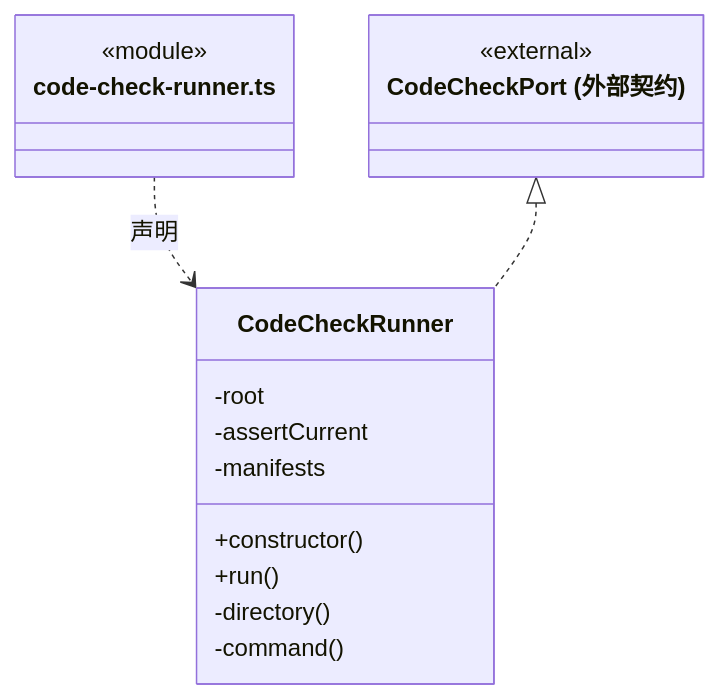
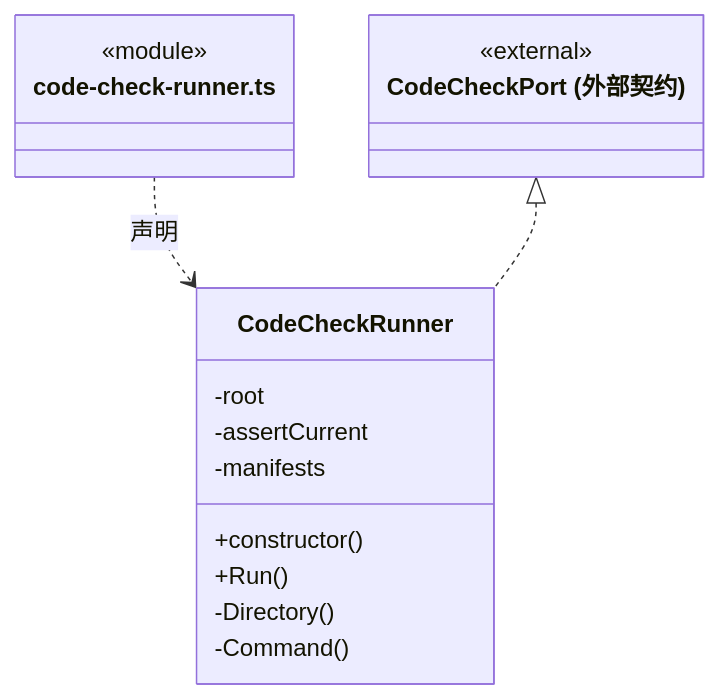
One commit to nan023062/cbim changed the third of 14 diagrams in src/logic/file-operations/platform/files/ARCHITECTURE.md. Above: the diagram before and after it, drawn with Mermaid. The commit also changed other lines of this file and 1035 other files, not shown here.

````diff
--- a/src/logic/file-operations/platform/files/ARCHITECTURE.md
+++ b/src/logic/file-operations/platform/files/ARCHITECTURE.md
@@ -64,20 +64,20 @@
 ```mermaid
 classDiagram
 class N_src_logic_file_operations_platform_files_code_check_runner_ts["code-check-runner.ts"] {
   <<module>>
 }
 class N_src_logic_file_operations_platform_files_code_check_runner_ts_CodeCheckRunner["CodeCheckRunner"] {
   +constructor()
-  +run()
+  +Run()
   -root
   -assertCurrent
   -manifests
-  -directory()
-  -command()
+  -Directory()
+  -Command()
 }
 N_src_logic_file_operations_platform_files_code_check_runner_ts ..> N_src_logic_file_operations_platform_files_code_check_runner_ts_CodeCheckRunner : 声明
 class N_src_logic_file_operations_platform_files_code_check_runner_ts_external_CodeCheckPort["CodeCheckPort (外部契约)"] {
   <<external>>
 }
 N_src_logic_file_operations_platform_files_code_check_runner_ts_external_CodeCheckPort <|.. N_src_logic_file_operations_platform_files_code_check_runner_ts_CodeCheckRunner
 ```
````
